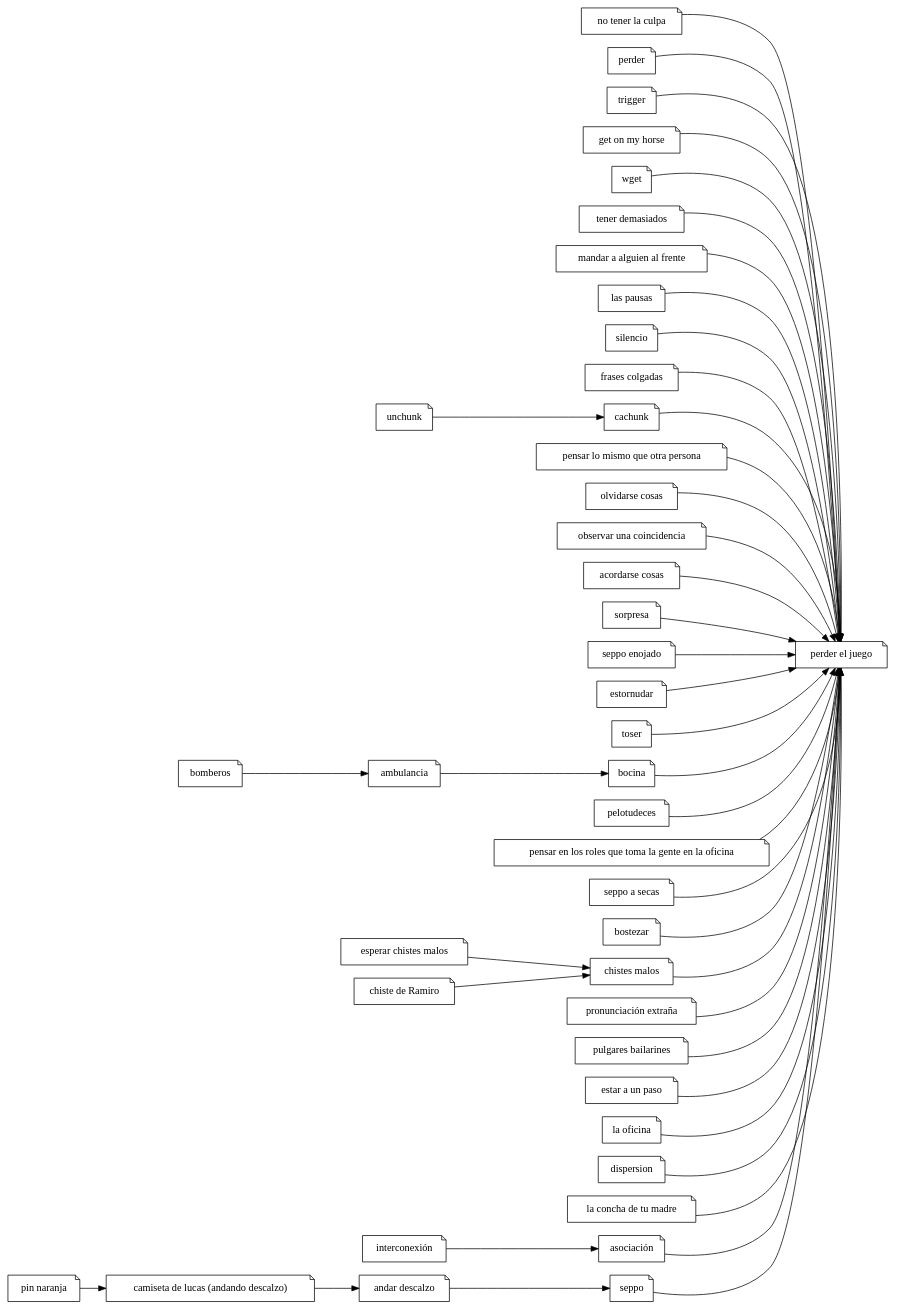
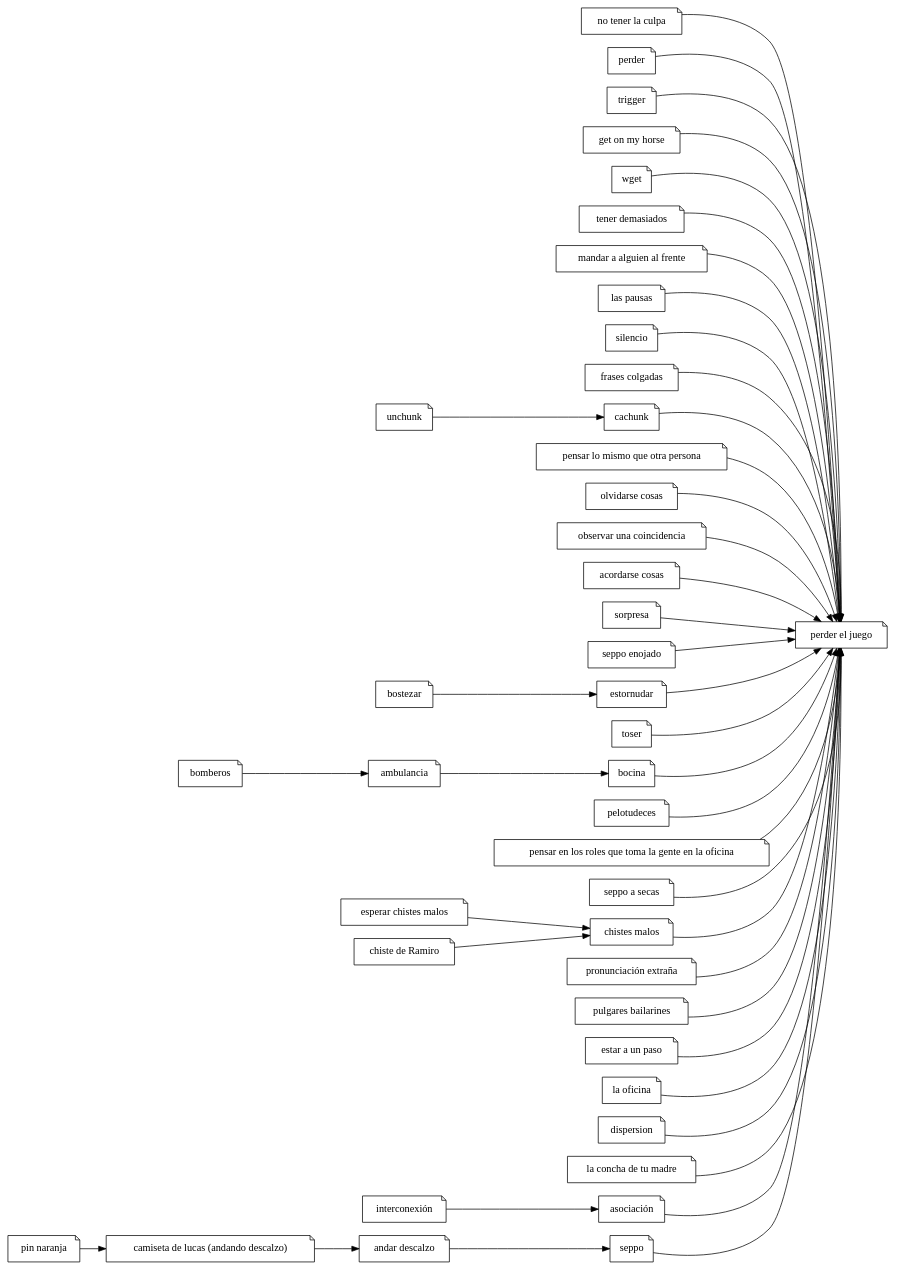
Before and after one commit to ramiror/ilostthegame: the diagram in ilostthegame.dot, drawn with Graphviz. The commit also changed 1 other file, not shown here.

Commit message:
bostezar -> estornudar. Removed semicolons

```diff
--- a/ilostthegame.dot
+++ b/ilostthegame.dot
@@ -1,90 +1,90 @@
 digraph
 {
-	rankdir="LR";
-	node [shape="note"];
+	rankdir="LR"
+	node [shape="note"]
 
-	pej [label="perder el juego"];
-	"no tener la culpa";
-	"perder";
-	"trigger";
-	"get on my horse";
-	"wget";
-	"tener demasiados";
-	"mandar a alguien al frente";
-	"las pausas";
-	"silencio";
-	"frases colgadas";
-	"cachunk";
-	"pensar lo mismo que otra persona";
-	"olvidarse cosas";
-	"observar una coincidencia";
-	"acordarse cosas";
-	"sorpresa";
-	"seppo enojado";
-	"estornudar";
-	"toser";
-	"bocina";
-	"pelotudeces";
-	roles [label="pensar en los roles que toma la gente en la oficina"];
-	"seppo a secas";
-	"bostezar";
-	"chistes malos";
-	pe [label="pronunciación extraña"];
-	"pulgares bailarines";
-	"estar a un paso";
-	"la oficina";
-	"dispersion";
-	"ambulancia";
-	"esperar chistes malos";
-	"chiste de Ramiro";
-	"unchunk";
-	"andar descalzo";
-	"pin naranja"; 
-	camiseta [label="camiseta de lucas (andando descalzo)"];
-  lcdtm [label="la concha de tu madre"];
-	bomberos;
-	int [label="interconexión"];
-	asoc [label="asociación"];
+	pej [label="perder el juego"]
+	"no tener la culpa"
+	"perder"
+	"trigger"
+	"get on my horse"
+	"wget"
+	"tener demasiados"
+	"mandar a alguien al frente"
+	"las pausas"
+	"silencio"
+	"frases colgadas"
+	"cachunk"
+	"pensar lo mismo que otra persona"
+	"olvidarse cosas"
+	"observar una coincidencia"
+	"acordarse cosas"
+	"sorpresa"
+	"seppo enojado"
+	"estornudar"
+	"toser"
+	"bocina"
+	"pelotudeces"
+	roles [label="pensar en los roles que toma la gente en la oficina"]
+	"seppo a secas"
+	"bostezar"
+	"chistes malos"
+	pe [label="pronunciación extraña"]
+	"pulgares bailarines"
+	"estar a un paso"
+	"la oficina"
+	"dispersion"
+	"ambulancia"
+	"esperar chistes malos"
+	"chiste de Ramiro"
+	"unchunk"
+	"andar descalzo"
+	"pin naranja" 
+	camiseta [label="camiseta de lucas (andando descalzo)"]
+  lcdtm [label="la concha de tu madre"]
+	bomberos
+	int [label="interconexión"]
+	asoc [label="asociación"]
 
-	"perder"                           -> pej;
-	"no tener la culpa"                -> pej;
-	"trigger"                          -> pej;
-	"get on my horse"                  -> pej;
-	"wget"                             -> pej;
-	"tener demasiados"                 -> pej;
-	"mandar a alguien al frente"       -> pej;
-	"las pausas"                       -> pej;
-	"silencio"                         -> pej;
-	"frases colgadas"                  -> pej;
-	"cachunk"                          -> pej;
-	"pensar lo mismo que otra persona" -> pej;
-	"olvidarse cosas"                  -> pej;
-	"observar una coincidencia"        -> pej;
-	"acordarse cosas"                  -> pej;
-	"sorpresa"                         -> pej;
-	"seppo enojado"                    -> pej;
-	"estornudar"                       -> pej;
-	"toser"                            -> pej;
-	"bocina"                           -> pej;
-	"pelotudeces"                      -> pej;
-	roles -> pej;
-	"seppo a secas"                    -> pej;
-	"bostezar"                         -> pej;
-	"chistes malos"                    -> pej;
-	pe                                 -> pej;
-	"pulgares bailarines"              -> pej;
-	"estar a un paso"                  -> pej;
-	"la oficina"                       -> pej;
-	"dispersion"                       -> pej;
-	"seppo"                            -> pej;
-	lcdtm                              -> pej;
-	asoc                               -> pej;
+	"perder"                           -> pej
+	"no tener la culpa"                -> pej
+	"trigger"                          -> pej
+	"get on my horse"                  -> pej
+	"wget"                             -> pej
+	"tener demasiados"                 -> pej
+	"mandar a alguien al frente"       -> pej
+	"las pausas"                       -> pej
+	"silencio"                         -> pej
+	"frases colgadas"                  -> pej
+	"cachunk"                          -> pej
+	"pensar lo mismo que otra persona" -> pej
+	"olvidarse cosas"                  -> pej
+	"observar una coincidencia"        -> pej
+	"acordarse cosas"                  -> pej
+	"sorpresa"                         -> pej
+	"seppo enojado"                    -> pej
+	"estornudar"                       -> pej
+	"toser"                            -> pej
+	"bocina"                           -> pej
+	"pelotudeces"                      -> pej
+	roles -> pej
+	"seppo a secas"                    -> pej
+	"chistes malos"                    -> pej
+	pe                                 -> pej
+	"pulgares bailarines"              -> pej
+	"estar a un paso"                  -> pej
+	"la oficina"                       -> pej
+	"dispersion"                       -> pej
+	"seppo"                            -> pej
+	lcdtm                              -> pej
+	asoc                               -> pej
 
-	bomberos -> "ambulancia" -> "bocina";
-	"esperar chistes malos" -> "chistes malos";
-	"chiste de Ramiro" -> "chistes malos";
-	"unchunk" -> "cachunk";
-	"andar descalzo" -> "seppo";
-	"pin naranja" -> camiseta -> "andar descalzo";
-	int -> asoc;
+	bomberos -> "ambulancia" -> "bocina"
+	"esperar chistes malos" -> "chistes malos"
+	"chiste de Ramiro" -> "chistes malos"
+	"unchunk" -> "cachunk"
+	"andar descalzo" -> "seppo"
+	"pin naranja" -> camiseta -> "andar descalzo"
+	int -> asoc
+	"bostezar" -> estornudar
 }
```
